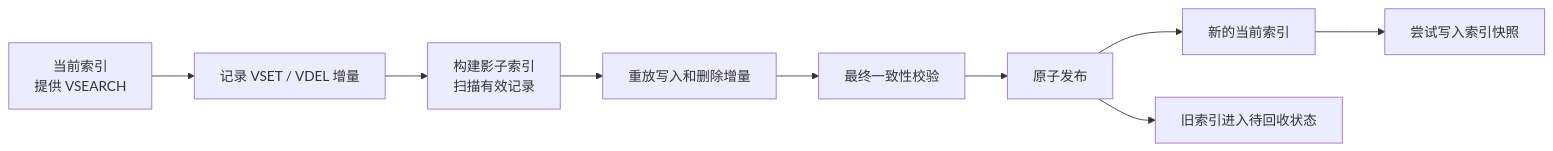
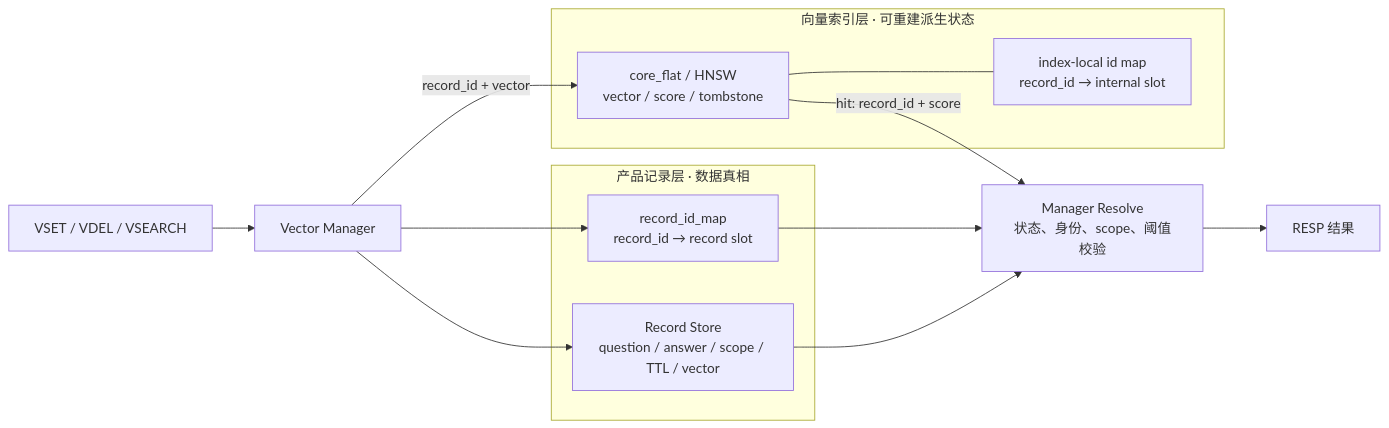
The third of 4 diagrams in README.md (208822032/Roven), drawn with Mermaid before and after one commit. The commit also changed other lines of this file and 7 other files, not shown here.

````diff
--- a/README.md
+++ b/README.md
@@ -224,11 +278,23 @@
 ```mermaid
 flowchart LR
-    A[当前索引<br/>提供 VSEARCH] --> CAP[记录 VSET / VDEL 增量]
-    CAP --> S[构建影子索引<br/>扫描有效记录]
-    S --> R[重放写入和删除增量]
-    R --> V[最终一致性校验]
-    V --> P[原子发布]
-    P --> N[新的当前索引]
-    P --> T[旧索引进入待回收状态]
-    N --> W[尝试写入索引快照]
+    CMD[VSET / VDEL / VSEARCH] --> M[Vector Manager]
+
+    subgraph RECORDS[产品记录层 · 数据真相]
+        RS[Record Store<br/>question / answer / scope / TTL / vector]
+        RM[record_id_map<br/>record_id → record slot]
+    end
+
+    subgraph INDEX[向量索引层 · 可重建派生状态]
+        IM[index-local id map<br/>record_id → internal slot]
+        H[core_flat / HNSW<br/>vector / score / tombstone]
+    end
+
+    M --> RS
+    M --> RM
+    M -->|record_id + vector| H
+    H --- IM
+    H -->|hit: record_id + score| RES[Manager Resolve<br/>状态、身份、scope、阈值校验]
+    RM --> RES
+    RS --> RES
+    RES --> OUT[RESP 结果]
 ```
````
